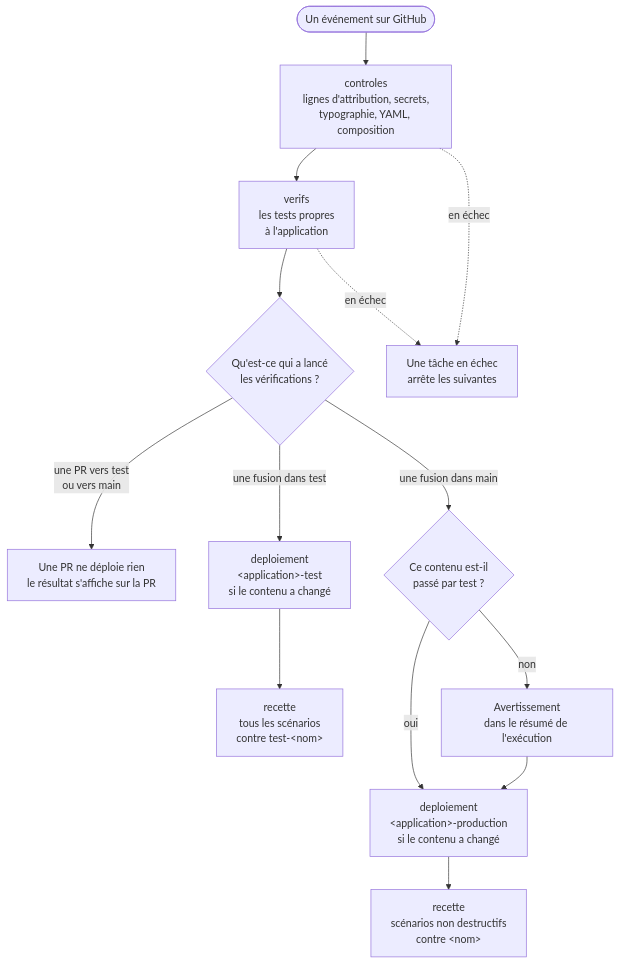
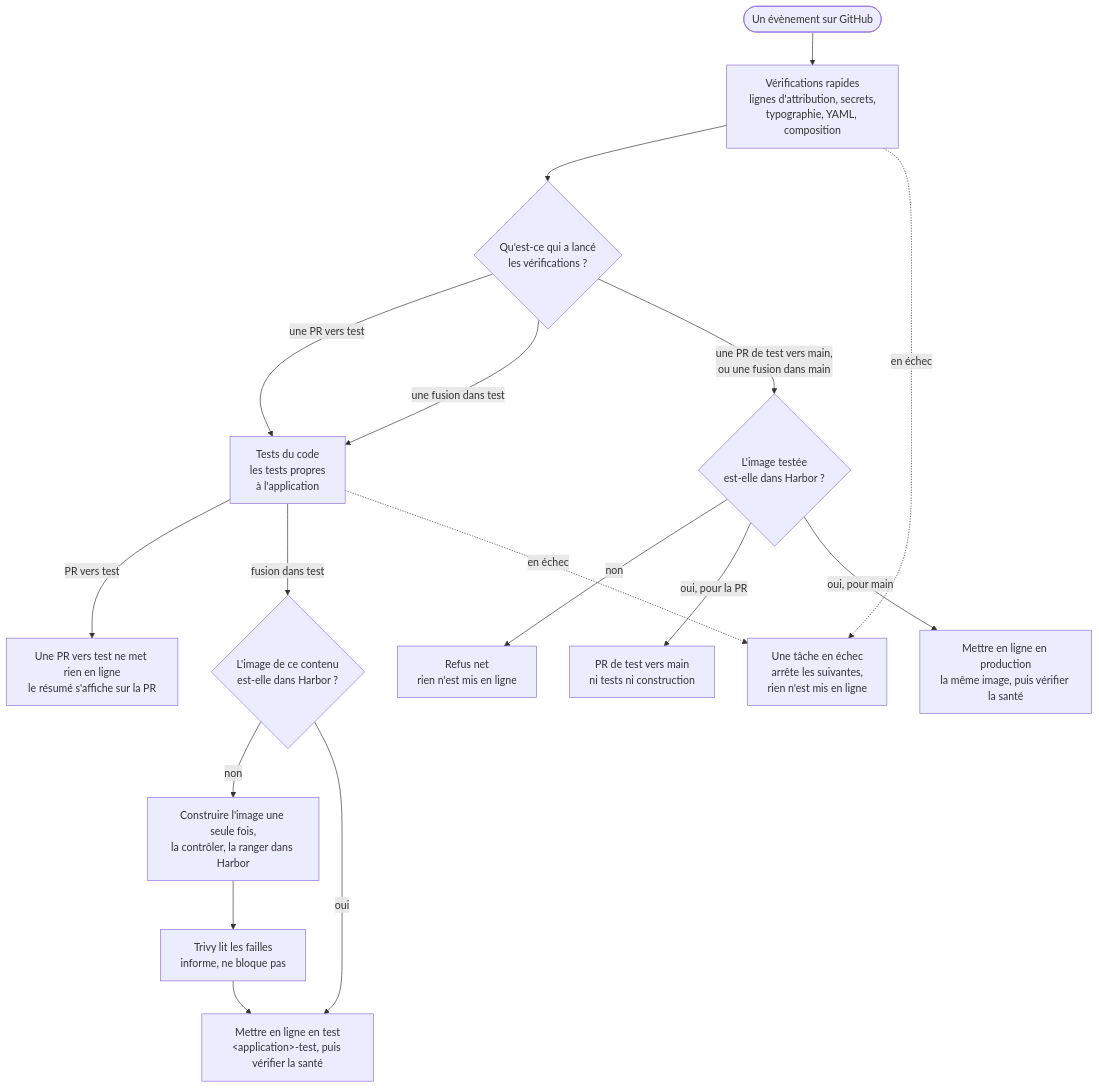
Before and after one commit to oscar-organisation/oscar-general-gouvernance-project: the diagram in docs/schemas/04-les-verifications-automatiques.mmd, drawn with Mermaid. The commit also changed 24 other files, not shown here.

First line of the commit message:
Le guide et l'accueil suivent la mise en ligne par image de Harbor

```diff
--- a/docs/schemas/04-les-verifications-automatiques.mmd
+++ b/docs/schemas/04-les-verifications-automatiques.mmd
@@ -1,27 +1,34 @@
-%% Les vérifications automatiques: leurs tâches, et ce qui se passe selon l'événement.
+%% Les vérifications automatiques: leurs tâches, et ce qui se passe selon l'évènement.
 %% Source de 04-les-verifications-automatiques.svg. L'image ne se retouche jamais à la main.
 %% Après une modification, depuis la racine du dépôt:
 %%   docker compose -f docs/outils/compose.yaml run --rm schemas
+%% Depuis le 04/10/2026 (plan 17): le déploiement automatique commun par image de Harbor.
 flowchart TB
-  evenement(["Un événement sur GitHub"])
-  controles["controles<br>lignes d'attribution, secrets,<br>typographie, YAML, composition"]
-  verifs["verifs<br>les tests propres<br>à l'application"]
+  evenement(["Un évènement sur GitHub"])
+  rapides["Vérifications rapides<br>lignes d'attribution, secrets,<br>typographie, YAML, composition"]
   quoi{"Qu'est-ce qui a lancé<br>les vérifications ?"}
-  pr["Une PR ne déploie rien<br>le résultat s'affiche sur la PR"]:::discret
-  deptest["deploiement<br>#lt;application#gt;-test<br>si le contenu a changé"]
-  rectest["recette<br>tous les scénarios<br>contre test-#lt;nom#gt;"]
-  passage{"Ce contenu est-il<br>passé par test ?"}:::accent
-  avertissement["Avertissement<br>dans le résumé de l'exécution"]:::attention
-  depprod["deploiement<br>#lt;application#gt;-production<br>si le contenu a changé"]
-  recprod["recette<br>scénarios non destructifs<br>contre #lt;nom#gt;"]
-  echec["Une tâche en échec<br>arrête les suivantes"]:::attention
+  tests["Tests du code<br>les tests propres<br>à l'application"]
+  pr["Une PR vers test ne met rien en ligne<br>le résumé s'affiche sur la PR"]:::discret
+  existe{"L'image de ce contenu<br>est-elle dans Harbor ?"}
+  construire["Construire l'image une seule fois,<br>la contrôler, la ranger dans Harbor"]
+  trivy["Trivy lit les failles<br>informe, ne bloque pas"]:::discret
+  enligne["Mettre en ligne en test<br>#lt;application#gt;-test, puis vérifier la santé"]
+  testee{"L'image testée<br>est-elle dans Harbor ?"}:::accent
+  refus["Refus net<br>rien n'est mis en ligne"]:::attention
+  prtest["PR de test vers main<br>ni tests ni construction"]:::discret
+  enprod["Mettre en ligne en production<br>la même image, puis vérifier la santé"]
+  echec["Une tâche en échec<br>arrête les suivantes,<br>rien n'est mis en ligne"]:::attention
 
-  evenement --> controles --> verifs --> quoi
-  quoi -- "une PR vers test<br>ou vers main" --> pr
-  quoi -- "une fusion dans test" --> deptest --> rectest
-  quoi -- "une fusion dans main" --> passage
-  passage -- "oui" --> depprod
-  passage -- "non" --> avertissement --> depprod
-  depprod --> recprod
-  controles -. "en échec" .-> echec
-  verifs -. "en échec" .-> echec
+  evenement --> rapides --> quoi
+  quoi -- "une PR vers test" --> tests
+  tests -- "PR vers test" --> pr
+  quoi -- "une fusion dans test" --> tests
+  tests -- "fusion dans test" --> existe
+  existe -- "non" --> construire --> trivy --> enligne
+  existe -- "oui" --> enligne
+  quoi -- "une PR de test vers main,<br>ou une fusion dans main" --> testee
+  testee -- "non" --> refus
+  testee -- "oui, pour la PR" --> prtest
+  testee -- "oui, pour main" --> enprod
+  rapides -. "en échec" .-> echec
+  tests -. "en échec" .-> echec
```
